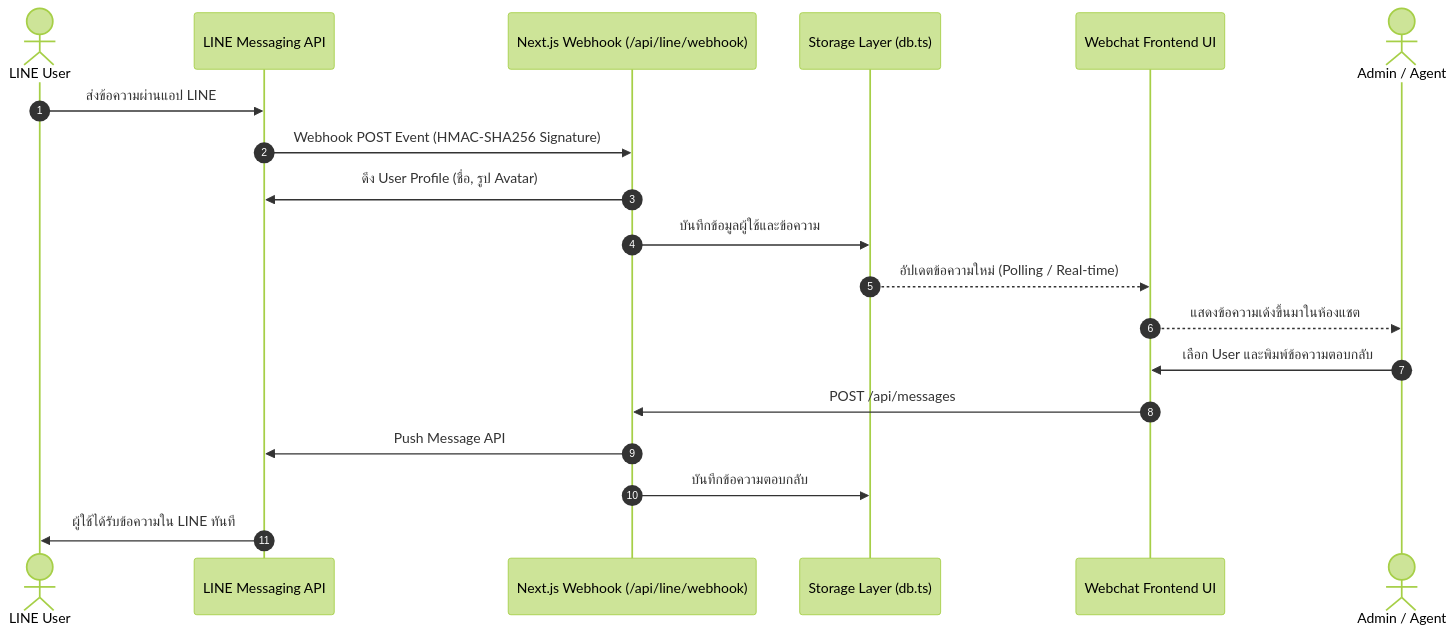
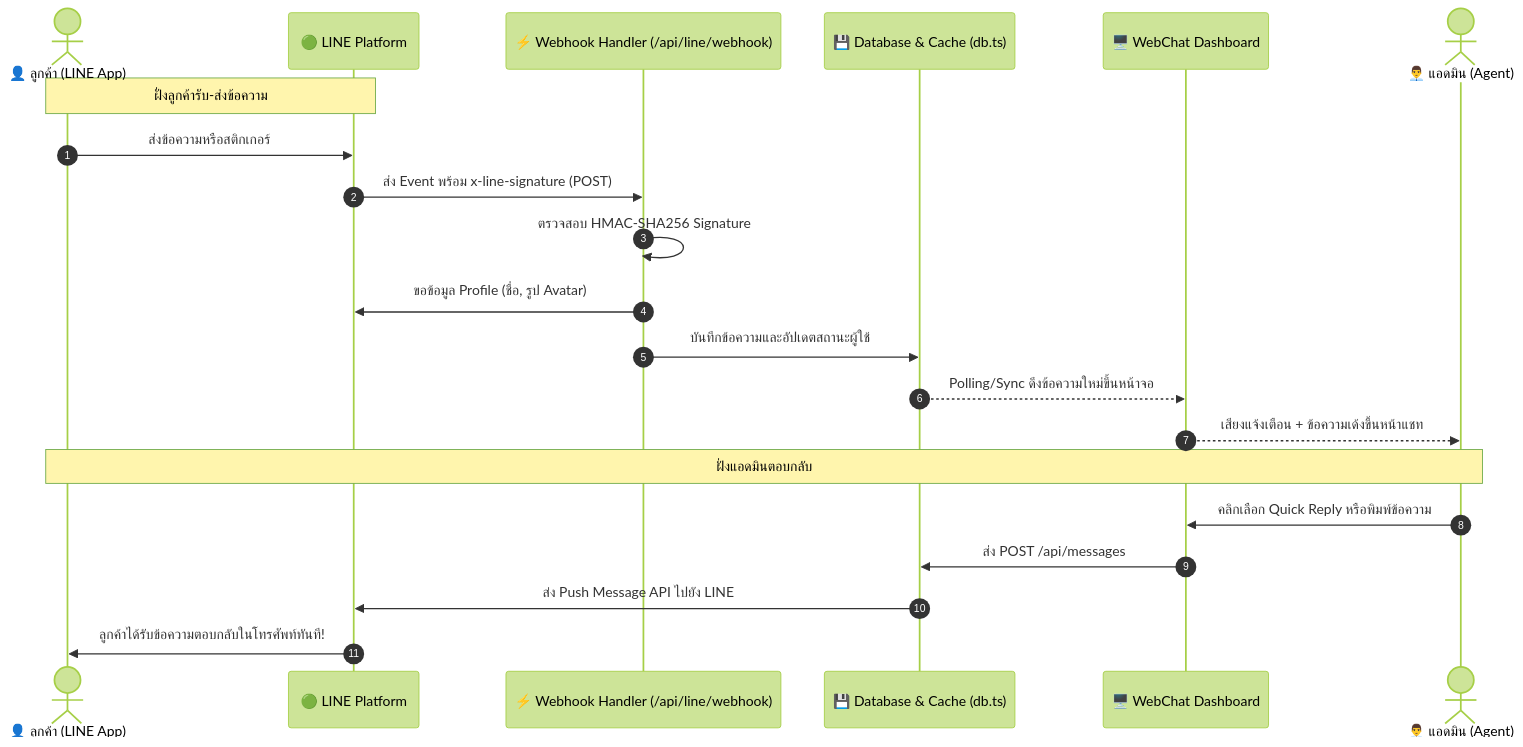
One commit to Kittipattt/ROBOLINGO-webchat changed the diagram in README.md. Above: the diagram before and after it, drawn with Mermaid (forest theme). The commit also changed other lines of this file, not shown here.

Commit message:
docs: present project architecture, features, and setup guide in README

````diff
--- a/README.md
+++ b/README.md
@@ -19,23 +100,25 @@
 ```mermaid
 sequenceDiagram
     autonumber
-    actor LineUser as LINE User
-    participant LineServer as LINE Messaging API
-    participant Webhook as Next.js Webhook (/api/line/webhook)
-    participant DB as Storage Layer (db.ts)
-    participant Webchat as Webchat Frontend UI
-    actor Agent as Admin / Agent
+    actor Customer as 👤 ลูกค้า (LINE App)
+    participant LineAPI as 🟢 LINE Platform
+    participant Webhook as ⚡ Webhook Handler (/api/line/webhook)
+    participant CoreDB as 💾 Database & Cache (db.ts)
+    participant WebApp as 🖥️ WebChat Dashboard
+    actor Admin as 👨‍💼 แอดมิน (Agent)
 
-    LineUser->>LineServer: ส่งข้อความผ่านแอป LINE
-    LineServer->>Webhook: Webhook POST Event (HMAC-SHA256 Signature)
-    Webhook->>LineServer: ดึง User Profile (ชื่อ, รูป Avatar)
-    Webhook->>DB: บันทึกข้อมูลผู้ใช้และข้อความ
-    DB-->>Webchat: อัปเดตข้อความใหม่ (Polling / Real-time)
-    Webchat-->>Agent: แสดงข้อความเด้งขึ้นมาในห้องแชต
+    Note over Customer, LineAPI: ฝั่งลูกค้ารับ-ส่งข้อความ
+    Customer->>LineAPI: ส่งข้อความหรือสติกเกอร์
+    LineAPI->>Webhook: ส่ง Event พร้อม x-line-signature (POST)
+    Webhook->>Webhook: ตรวจสอบ HMAC-SHA256 Signature
+    Webhook->>LineAPI: ขอข้อมูล Profile (ชื่อ, รูป Avatar)
+    Webhook->>CoreDB: บันทึกข้อความและอัปเดตสถานะผู้ใช้
+    CoreDB-->>WebApp: Polling/Sync ดึงข้อความใหม่ขึ้นหน้าจอ
+    WebApp-->>Admin: เสียงแจ้งเตือน + ข้อความเด้งขึ้นหน้าแชท
 
-    Agent->>Webchat: เลือก User และพิมพ์ข้อความตอบกลับ
-    Webchat->>Webhook: POST /api/messages
-    Webhook->>LineServer: Push Message API
-    Webhook->>DB: บันทึกข้อความตอบกลับ
-    LineServer->>LineUser: ผู้ใช้ได้รับข้อความใน LINE ทันที
+    Note over Admin, Customer: ฝั่งแอดมินตอบกลับ
+    Admin->>WebApp: คลิกเลือก Quick Reply หรือพิมพ์ข้อความ
+    WebApp->>CoreDB: ส่ง POST /api/messages
+    CoreDB->>LineAPI: ส่ง Push Message API ไปยัง LINE
+    LineAPI->>Customer: ลูกค้าได้รับข้อความตอบกลับในโทรศัพท์ทันที!
 ```
````
